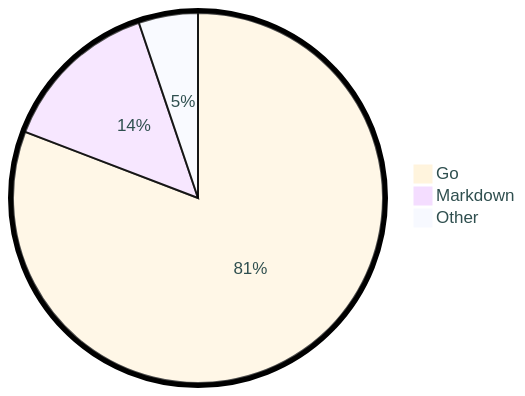
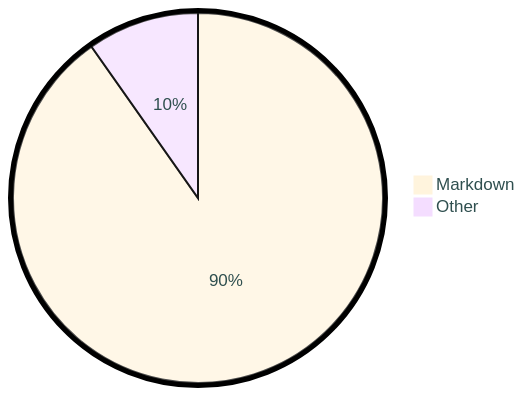
One commit to tot0p/tot0p changed the diagram in README.md. Above: the diagram before and after it, drawn with Mermaid. The commit also changed other lines of this file, not shown here.

````diff
--- a/README.md
+++ b/README.md
@@ -74,7 +68,6 @@
 ```mermaid
 %%{init: {"pie": {"textPosition": 0.5}, "themeVariables": {"pieOuterStrokeWidth": "5px","primaryTextColor" : "#2F4F4F"},"theme":"base"} }%%
 pie
-	"Go": 80.82
-	"Markdown": 14.0
-	"Other": 5.180000000000001
+	"Markdown": 90.24
+	"Other": 9.760000000000002
 ```
````
